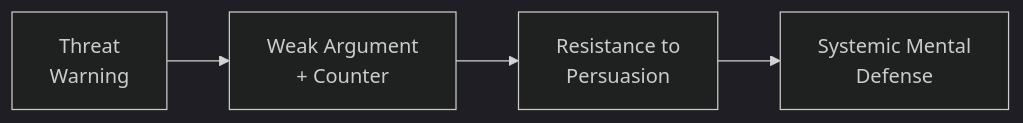
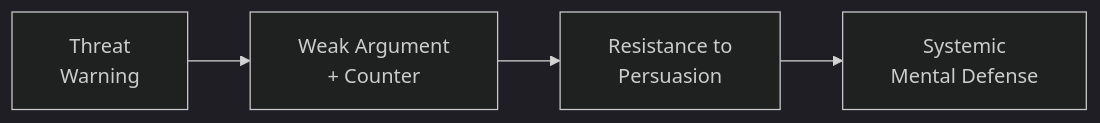
One commit to GM024/CourseSummaries changed the seventh of 7 diagrams in Communication_Influence/Mastery_Guide_SOW_BS033.md. Above: the diagram before and after it, drawn with Mermaid (dark theme). The commit also changed other lines of this file, not shown here.

Commit message:
Implement Forced Padding (&nbsp;) in all Mermaid diagrams to prevent overflow

````diff
--- a/Communication_Influence/Mastery_Guide_SOW_BS033.md
+++ b/Communication_Influence/Mastery_Guide_SOW_BS033.md
@@ -205,6 +205,6 @@
 ```mermaid
 graph LR
-    Warning[Threat<br/>Warning] --> Refutation[Weak Argument<br/>+ Counter]
-    Refutation --> Immunity[Resistance to<br/>Persuasion]
-    Immunity --> Defense[Systemic Mental<br/>Defense]
+    Warning["&nbsp; Threat &nbsp;<br/>&nbsp; Warning &nbsp;"] --> Refutation["&nbsp; Weak Argument &nbsp;<br/>&nbsp; + Counter &nbsp;"]
+    Refutation --> Immunity["&nbsp; Resistance to &nbsp;<br/>&nbsp; Persuasion &nbsp;"]
+    Immunity --> Defense["&nbsp; Systemic &nbsp;<br/>&nbsp; Mental Defense &nbsp;"]
 ```
````
